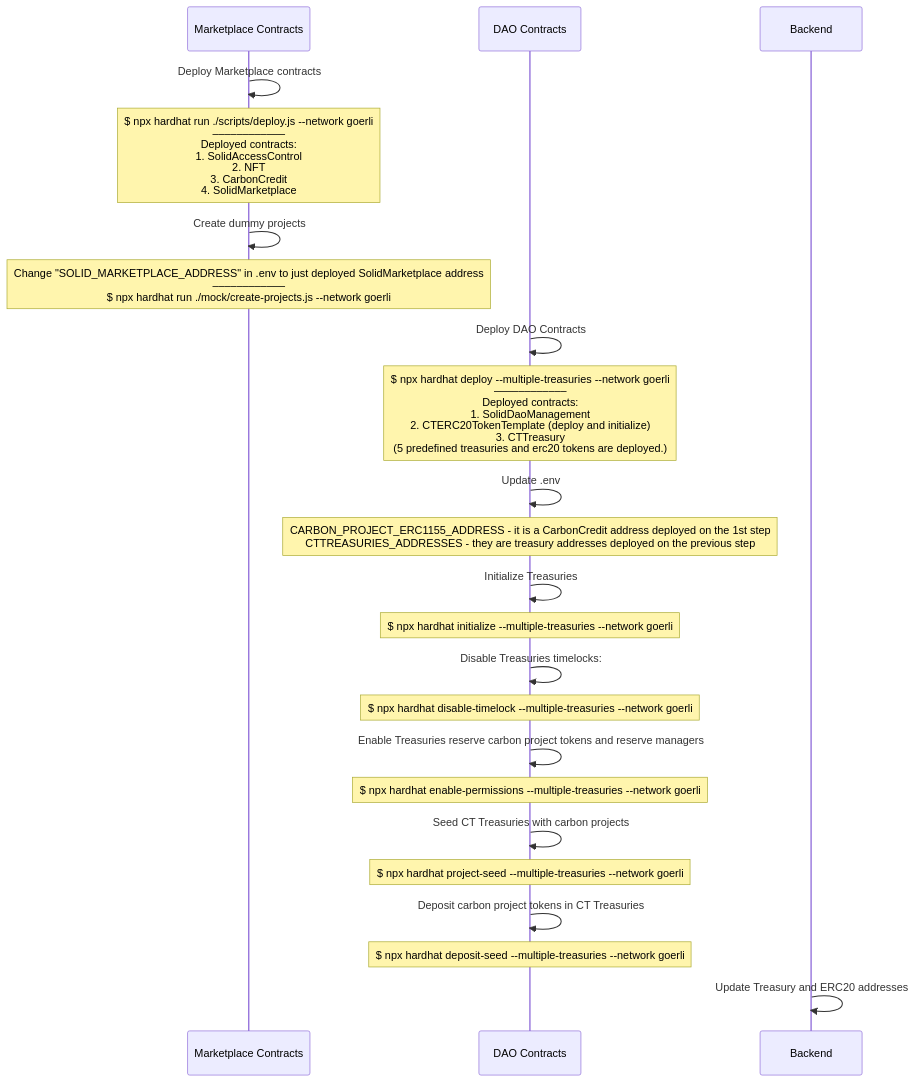
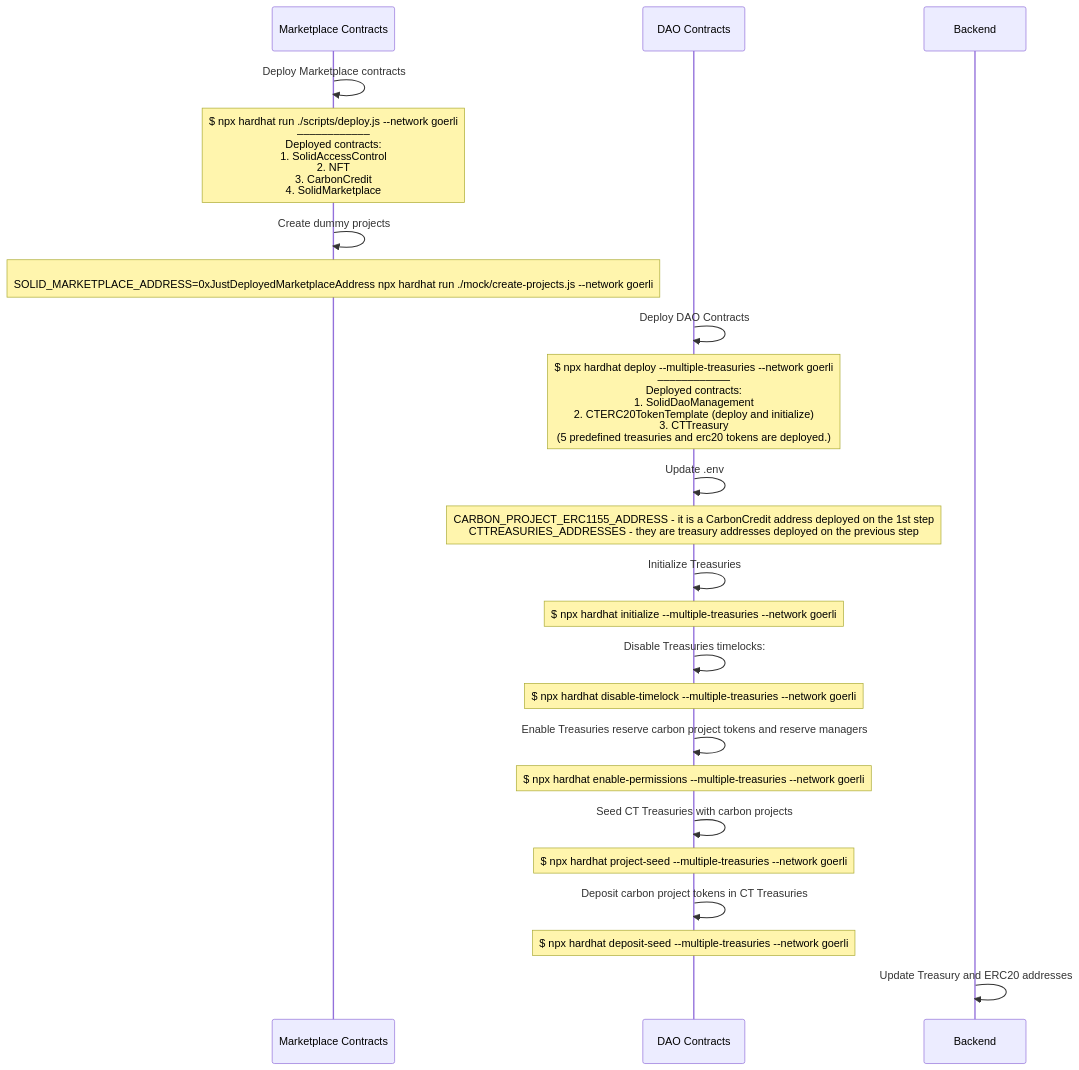
The diagram in docs/testnet-deployment-flow.md (solid-world/solid-world-dao-contracts), drawn with Mermaid before and after one commit.

````diff
--- a/docs/testnet-deployment-flow.md
+++ b/docs/testnet-deployment-flow.md
@@ -1,25 +1,25 @@
 ```mermaid
 sequenceDiagram
     participant market as Marketplace Contracts
     participant dao as DAO Contracts
     participant Backend
     market->>market: Deploy Marketplace contracts
     Note over market: $ npx hardhat run ./scripts/deploy.js --network goerli <br>––––––––––––<br>Deployed contracts: <br>1. SolidAccessControl <br>2. NFT <br>3. CarbonCredit <br>4. SolidMarketplace
     market->>market: Create dummy projects
-    Note over market: Change "SOLID_MARKETPLACE_ADDRESS" in .env to just deployed SolidMarketplace address<br>––––––––––––<br>$ npx hardhat run ./mock/create-projects.js  --network goerli
+    Note over market: <br>SOLID_MARKETPLACE_ADDRESS=0xJustDeployedMarketplaceAddress npx hardhat run ./mock/create-projects.js  --network goerli
     dao->>dao: Deploy DAO Contracts
     Note over dao: $ npx hardhat deploy --multiple-treasuries --network goerli <br>––––––––––––<br>Deployed contracts: <br>1. SolidDaoManagement<br> 2. CTERC20TokenTemplate (deploy and initialize)<br> 3. CTTreasury<br> (5 predefined treasuries and erc20 tokens are deployed.)
     dao->>dao: Update .env
     Note over dao: CARBON_PROJECT_ERC1155_ADDRESS - it is a CarbonCredit address deployed on the 1st step<br>CTTREASURIES_ADDRESSES - they are treasury addresses deployed on the previous step
     dao->>dao: Initialize Treasuries
     Note over dao: $ npx hardhat initialize --multiple-treasuries --network goerli
     dao->>dao: Disable Treasuries timelocks:
     Note over dao: $ npx hardhat disable-timelock --multiple-treasuries --network goerli
     dao->>dao: Enable Treasuries reserve carbon project tokens and reserve managers
     Note over dao: $ npx hardhat enable-permissions --multiple-treasuries --network goerli
     dao->>dao: Seed CT Treasuries with carbon projects
     Note over dao: $ npx hardhat project-seed --multiple-treasuries --network goerli
     dao->>dao: Deposit carbon project tokens in CT Treasuries
     Note over dao: $ npx hardhat deposit-seed --multiple-treasuries --network goerli
     Backend->>Backend: Update Treasury and ERC20 addresses
 ```
````
